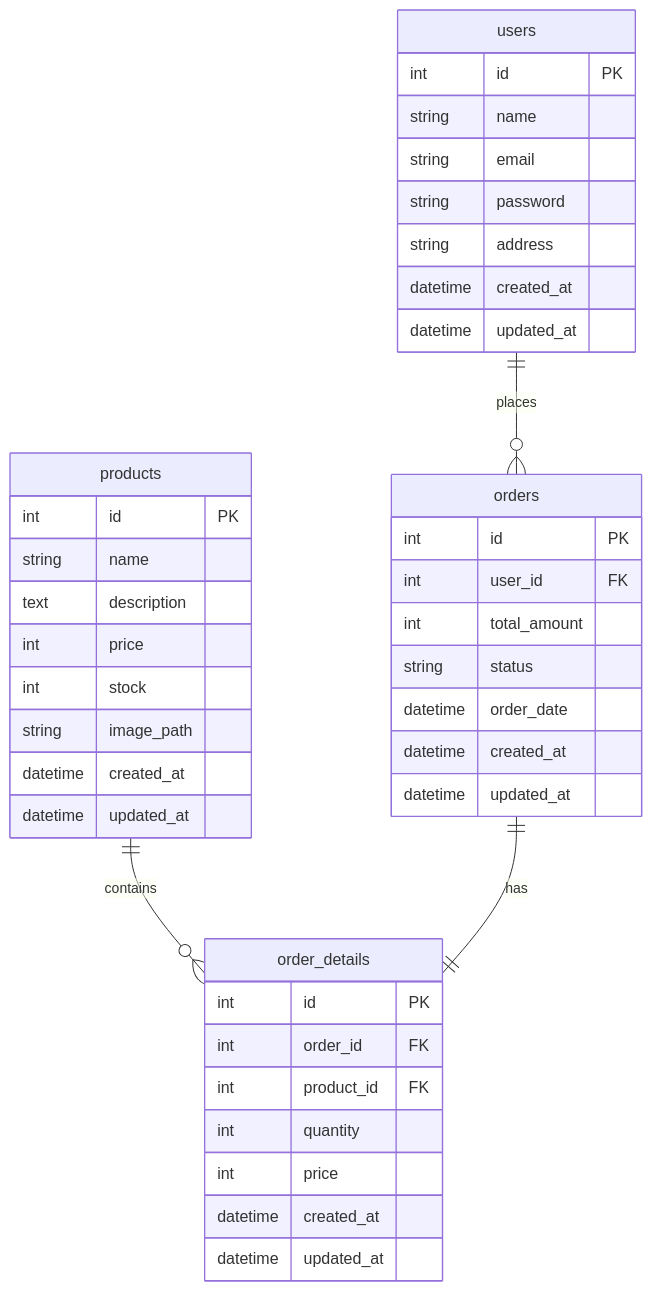
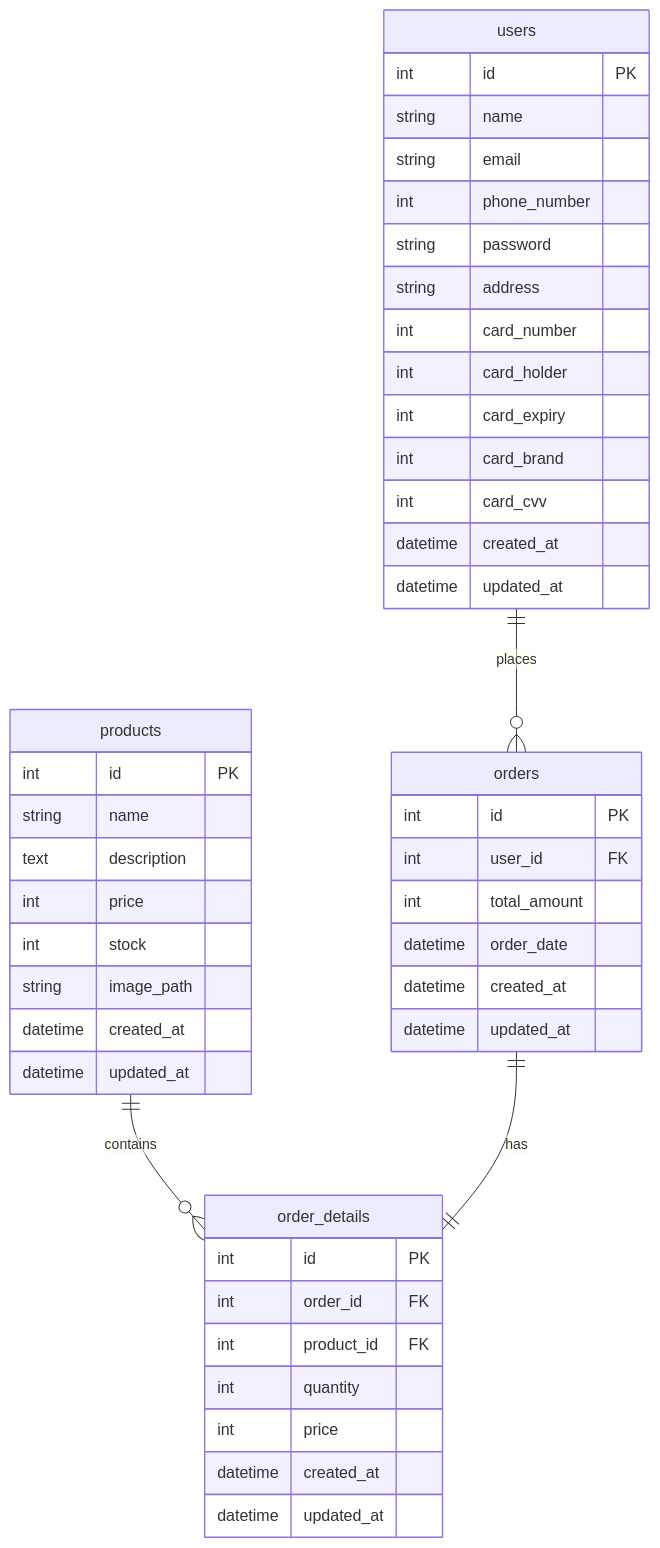
The diagram in README.md (kurahashi-kyohei/ec-demo), drawn with Mermaid before and after one commit.

````diff
--- a/README.md
+++ b/README.md
@@ -64,46 +64,51 @@
 ```mermaid
 erDiagram
     users ||--o{ orders : places
     users {
         int id PK
         string name
         string email
+        int phone_number
         string password
         string address
+        int card_number
+        int card_holder
+        int card_expiry
+        int card_brand
+        int card_cvv
         datetime created_at
         datetime updated_at
     }
     
     products ||--o{ order_details : contains
     products {
         int id PK
         string name
         text description
         int price
         int stock
         string image_path
         datetime created_at
         datetime updated_at
     }
     
     orders ||--|| order_details : has
     orders {
         int id PK
         int user_id FK
         int total_amount
-        string status
         datetime order_date
         datetime created_at
         datetime updated_at
     }
     
     order_details {
         int id PK
         int order_id FK
         int product_id FK
         int quantity
         int price
         datetime created_at
         datetime updated_at
     }
 ```
````
